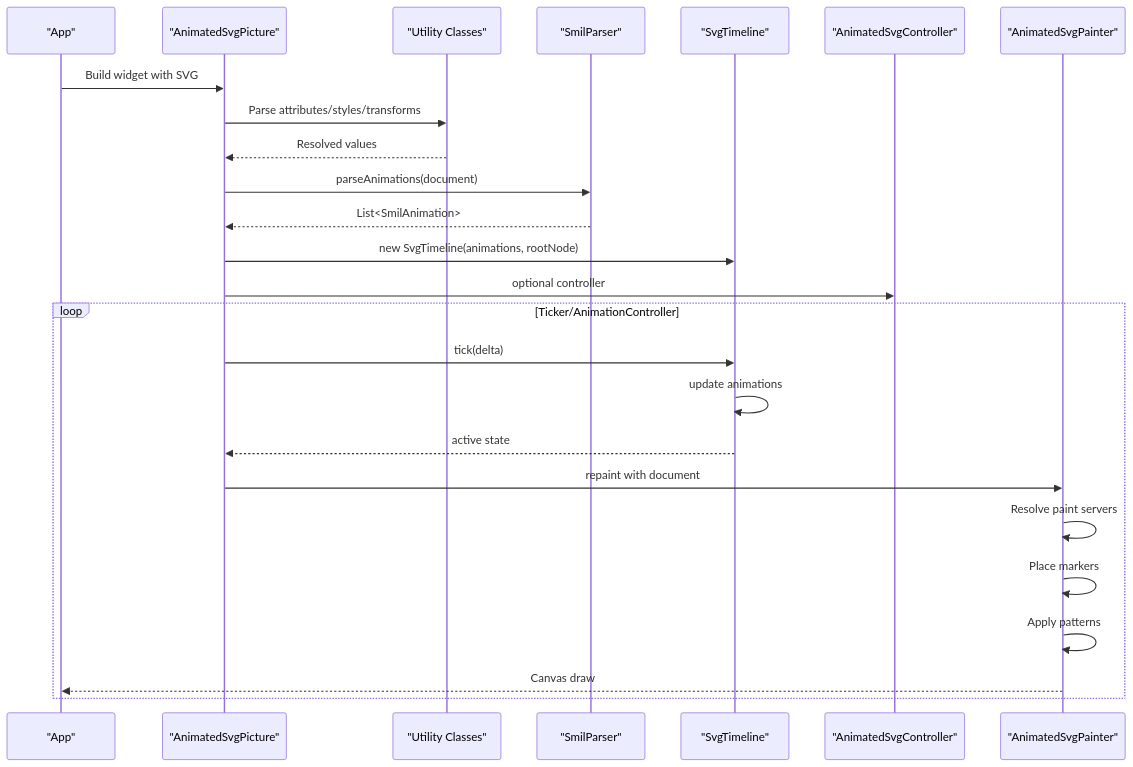
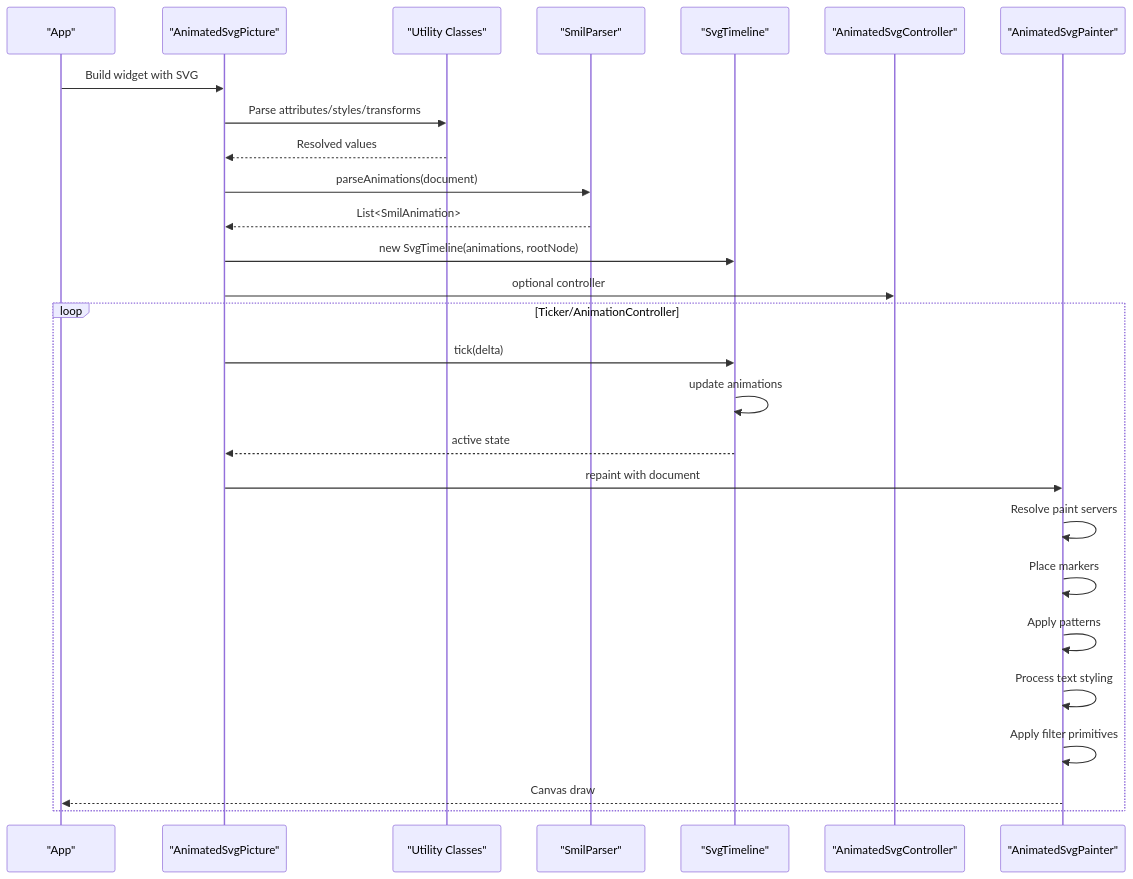
One commit to denisnadey/flutter_full_svg_support changed the second of 23 diagrams in .qoder/repowiki/en/content/Animated SVG Support/Animated SVG Support.md. Above: the diagram before and after it, drawn with Mermaid. The commit also changed other lines of this file and 30 other files, not shown here.

````diff
--- a/.qoder/repowiki/en/content/Animated SVG Support/Animated SVG Support.md
+++ b/.qoder/repowiki/en/content/Animated SVG Support/Animated SVG Support.md
@@ -150,27 +164,29 @@
 ```mermaid
 sequenceDiagram
 participant App as "App"
 participant Widget as "AnimatedSvgPicture"
 participant Utils as "Utility Classes"
 participant Parser as "SmilParser"
 participant Timeline as "SvgTimeline"
 participant Controller as "AnimatedSvgController"
 participant Painter as "AnimatedSvgPainter"
 App->>Widget : Build widget with SVG
 Widget->>Utils : Parse attributes/styles/transforms
 Utils-->>Widget : Resolved values
 Widget->>Parser : parseAnimations(document)
 Parser-->>Widget : List<SmilAnimation>
 Widget->>Timeline : new SvgTimeline(animations, rootNode)
 Widget->>Controller : optional controller
 loop Ticker/AnimationController
 Widget->>Timeline : tick(delta)
 Timeline->>Timeline : update animations
 Timeline-->>Widget : active state
 Widget->>Painter : repaint with document
 Painter->>Painter : Resolve paint servers
 Painter->>Painter : Place markers
 Painter->>Painter : Apply patterns
+Painter->>Painter : Process text styling
+Painter->>Painter : Apply filter primitives
 Painter-->>App : Canvas draw
 end
 ```
````
